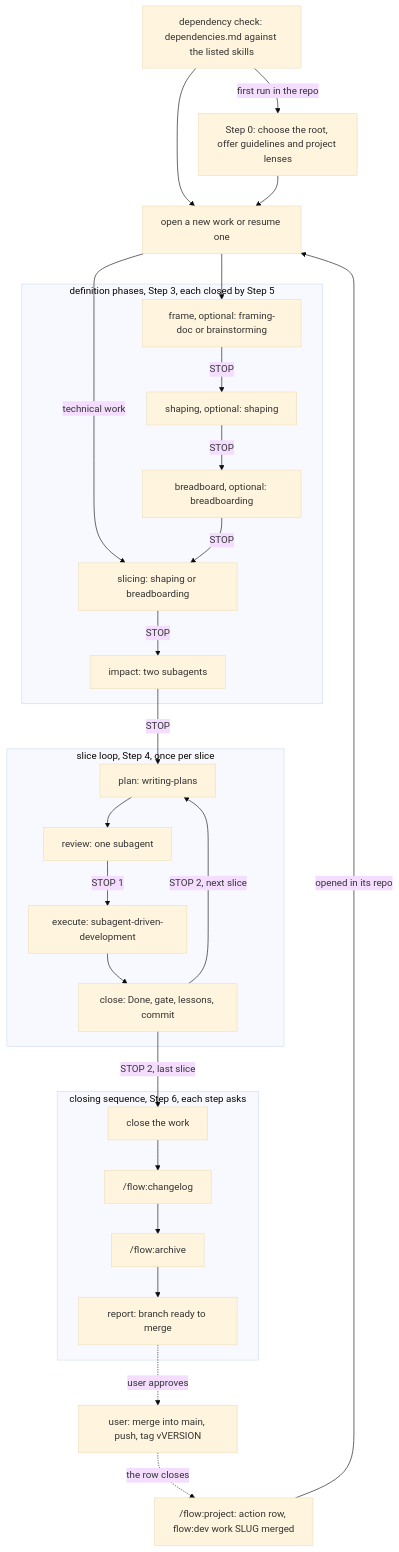
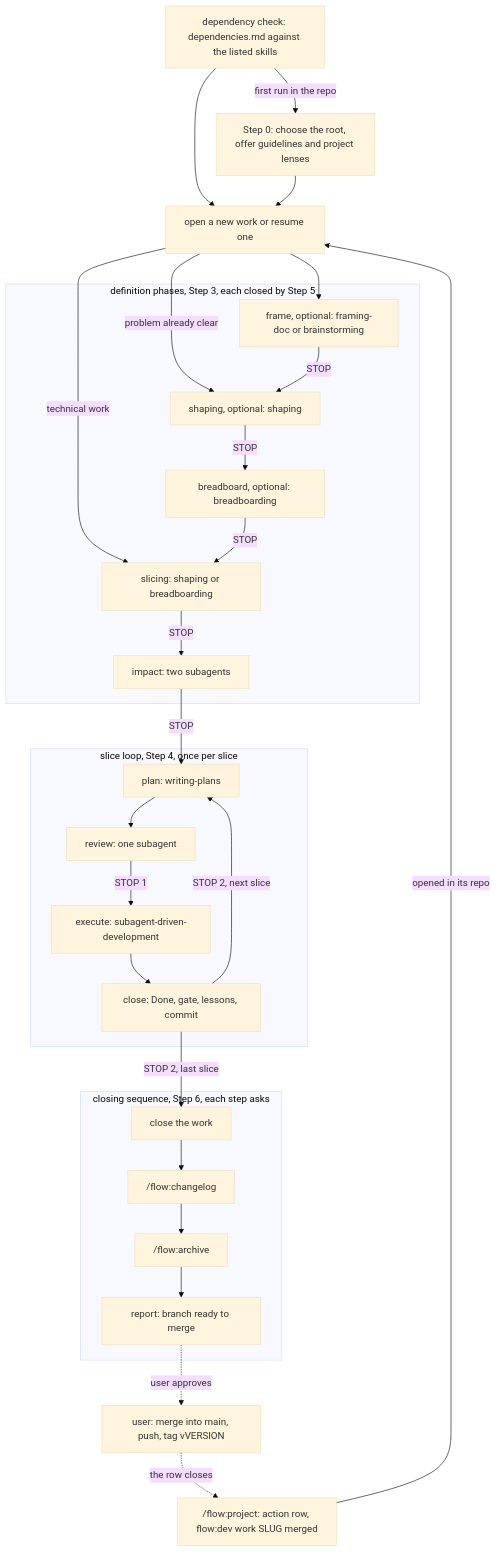
The second of 4 diagrams in docs/architecture.md (spleenteo/devflow), drawn with Mermaid (base theme) before and after one commit. The commit also changed other lines of this file and 2 other files, not shown here.

Commit message:
Fix two diagram details and the Gate's expected warnings

````diff
--- a/docs/architecture.md
+++ b/docs/architecture.md
@@ -54,42 +54,43 @@
 ```mermaid
 flowchart TD
   deps["dependency check: dependencies.md against the listed skills"]
   deps -->|"first run in the repo"| step0["Step 0: choose the root, offer guidelines and project lenses"]
   deps --> open["open a new work or resume one"]
   step0 --> open
   subgraph define["definition phases, Step 3, each closed by Step 5"]
     frame["frame, optional: framing-doc or brainstorming"]
     shaping["shaping, optional: shaping"]
     bread["breadboard, optional: breadboarding"]
     slicing["slicing: shaping or breadboarding"]
     impact["impact: two subagents"]
   end
   open --> frame
   open -->|"technical work"| slicing
+  open -->|"problem already clear"| shaping
   frame -->|"STOP"| shaping
   shaping -->|"STOP"| bread
   bread -->|"STOP"| slicing
   slicing -->|"STOP"| impact
   subgraph loop["slice loop, Step 4, once per slice"]
     plan["plan: writing-plans"]
     review["review: one subagent"]
     exec["execute: subagent-driven-development"]
     close["close: Done, gate, lessons, commit"]
   end
   impact -->|"STOP"| plan
   plan --> review
   review -->|"STOP 1"| exec
   exec --> close
   close -->|"STOP 2, next slice"| plan
   subgraph exit["closing sequence, Step 6, each step asks"]
     cw["close the work"]
     cl["/flow:changelog"]
     ar["/flow:archive"]
     rep["report: branch ready to merge"]
   end
   close -->|"STOP 2, last slice"| cw
   cw --> cl --> ar --> rep
   rep -.->|"user approves"| merge["user: merge into main, push, tag vVERSION"]
   projrow["/flow:project: action row, flow:dev work SLUG merged"] -->|"opened in its repo"| open
   merge -.->|"the row closes"| projrow
 ```
````
